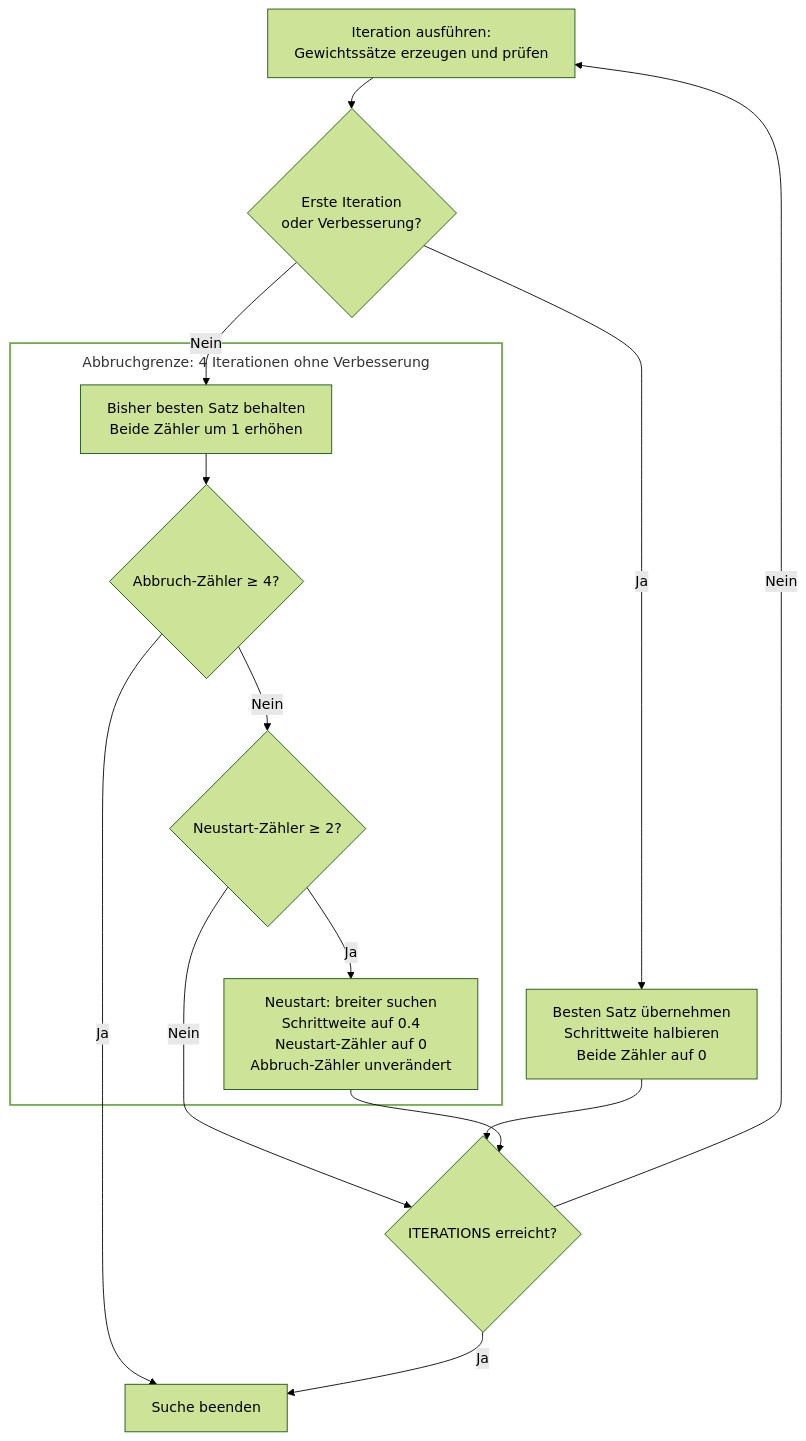
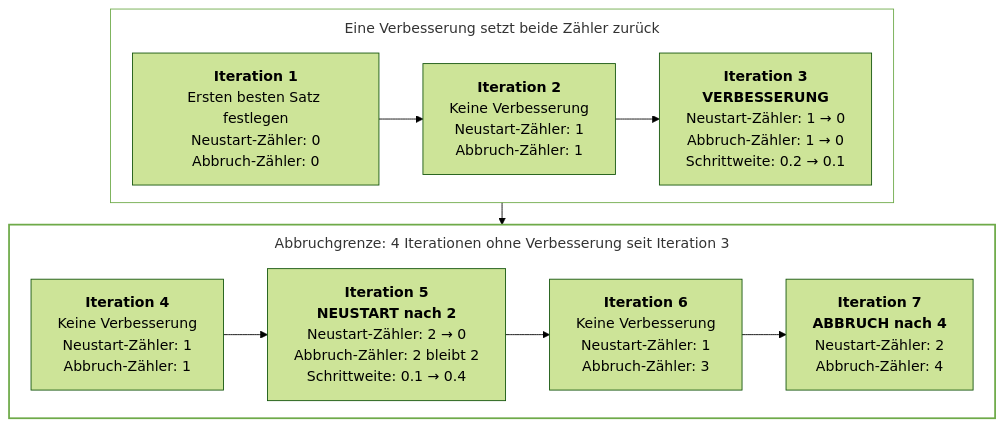
Diagram 15 of 15 in README.md (ghackenberg/SpineML), drawn with Mermaid (forest theme) before and after one commit. The commit also changed other lines of this file, not shown here.

Commit message:
Replace counter flowchart with a concrete iteration timeline

````diff
--- a/README.md
+++ b/README.md
@@ -2464,39 +2469,33 @@
 ```mermaid
 ---
 config:
   flowchart:
-    wrappingWidth: 300
-    rankSpacing: 35
-    nodeSpacing: 35
+    wrappingWidth: 220
+    rankSpacing: 25
+    nodeSpacing: 20
     subGraphTitleMargin:
       top: 10
       bottom: 20
 ---
-flowchart TD
-    A["Iteration ausführen:<br/>Gewichtssätze erzeugen und prüfen"]
-    B{"Erste Iteration<br/>oder Verbesserung?"}
-    C["Besten Satz übernehmen<br/>Schrittweite halbieren<br/>Beide Zähler auf 0"]
-
-    subgraph Grenze["Abbruchgrenze: 4 Iterationen ohne Verbesserung"]
-        D["Bisher besten Satz behalten<br/>Beide Zähler um 1 erhöhen"]
-        E{"Abbruch-Zähler ≥ 4?"}
-        F{"Neustart-Zähler ≥ 2?"}
-        G["Neustart: breiter suchen<br/>Schrittweite auf 0.4<br/>Neustart-Zähler auf 0<br/>Abbruch-Zähler unverändert"]
-
-        D --> E
-        E -- Nein --> F
-        F -- Ja --> G
+flowchart TB
+    subgraph Verbesserung["Eine Verbesserung setzt beide Zähler zurück"]
+        direction LR
+        A["<b>Iteration 1</b><br/>Ersten besten Satz festlegen<br/>Neustart-Zähler: 0<br/>Abbruch-Zähler: 0"]
+        B["<b>Iteration 2</b><br/>Keine Verbesserung<br/>Neustart-Zähler: 1<br/>Abbruch-Zähler: 1"]
+        C["<b>Iteration 3</b><br/><b>VERBESSERUNG</b><br/>Neustart-Zähler: 1 → 0<br/>Abbruch-Zähler: 1 → 0<br/>Schrittweite: 0.2 → 0.1"]
+        A --> B --> C
     end
 
-    A --> B
-    B -- Ja --> C
-    B -- Nein --> D
-    E -- Ja --> Ende["Suche beenden"]
-    F -- Nein --> H{"ITERATIONS erreicht?"}
-    C --> H
-    G --> H
-    H -- Nein --> A
-    H -- Ja --> Ende
+    subgraph Grenze["Abbruchgrenze: 4 Iterationen ohne Verbesserung seit Iteration 3"]
+        direction LR
+        D["<b>Iteration 4</b><br/>Keine Verbesserung<br/>Neustart-Zähler: 1<br/>Abbruch-Zähler: 1"]
+        E["<b>Iteration 5</b><br/><b>NEUSTART nach 2</b><br/>Neustart-Zähler: 2 → 0<br/>Abbruch-Zähler: 2 bleibt 2<br/>Schrittweite: 0.1 → 0.4"]
+        F["<b>Iteration 6</b><br/>Keine Verbesserung<br/>Neustart-Zähler: 1<br/>Abbruch-Zähler: 3"]
+        G["<b>Iteration 7</b><br/><b>ABBRUCH nach 4</b><br/>Neustart-Zähler: 2<br/>Abbruch-Zähler: 4"]
+        D --> E --> F --> G
+    end
 
+    Verbesserung --> Grenze
+    style Verbesserung fill:transparent,stroke-width:1px
     style Grenze fill:transparent,stroke-width:2px
 ```
````
